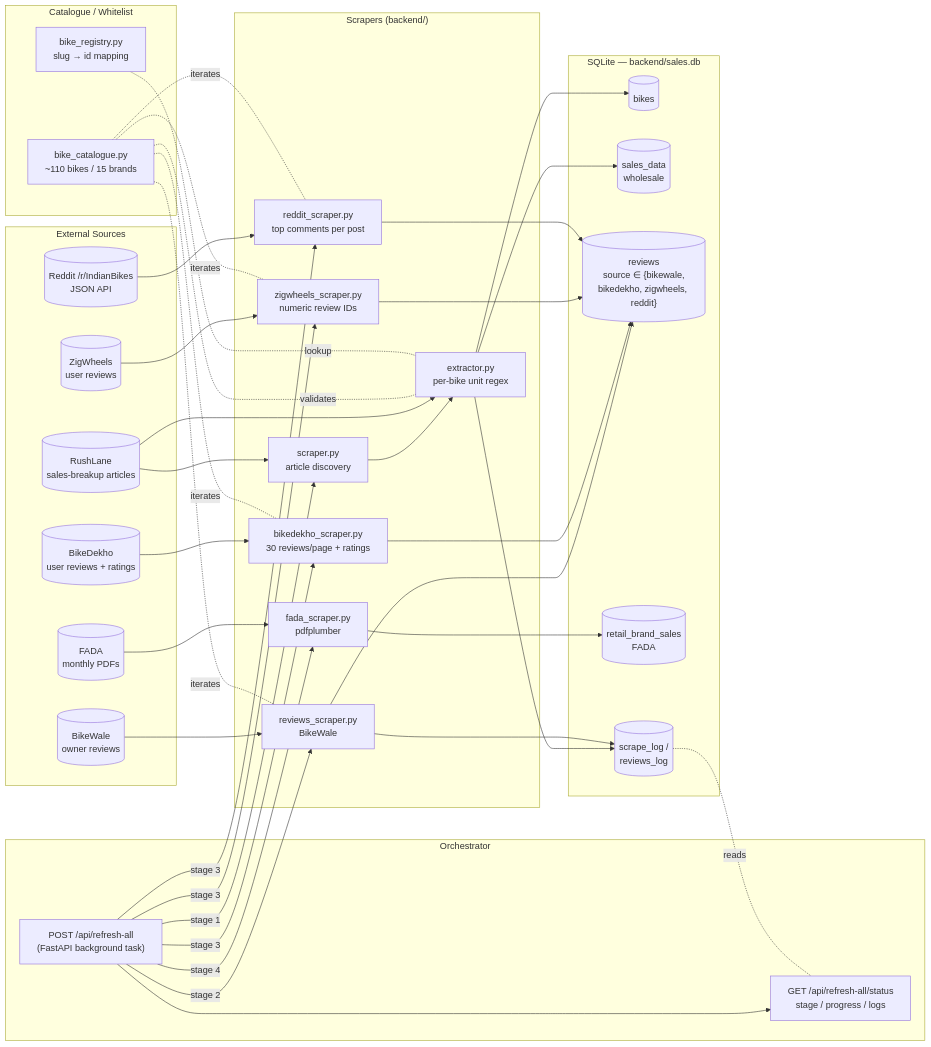
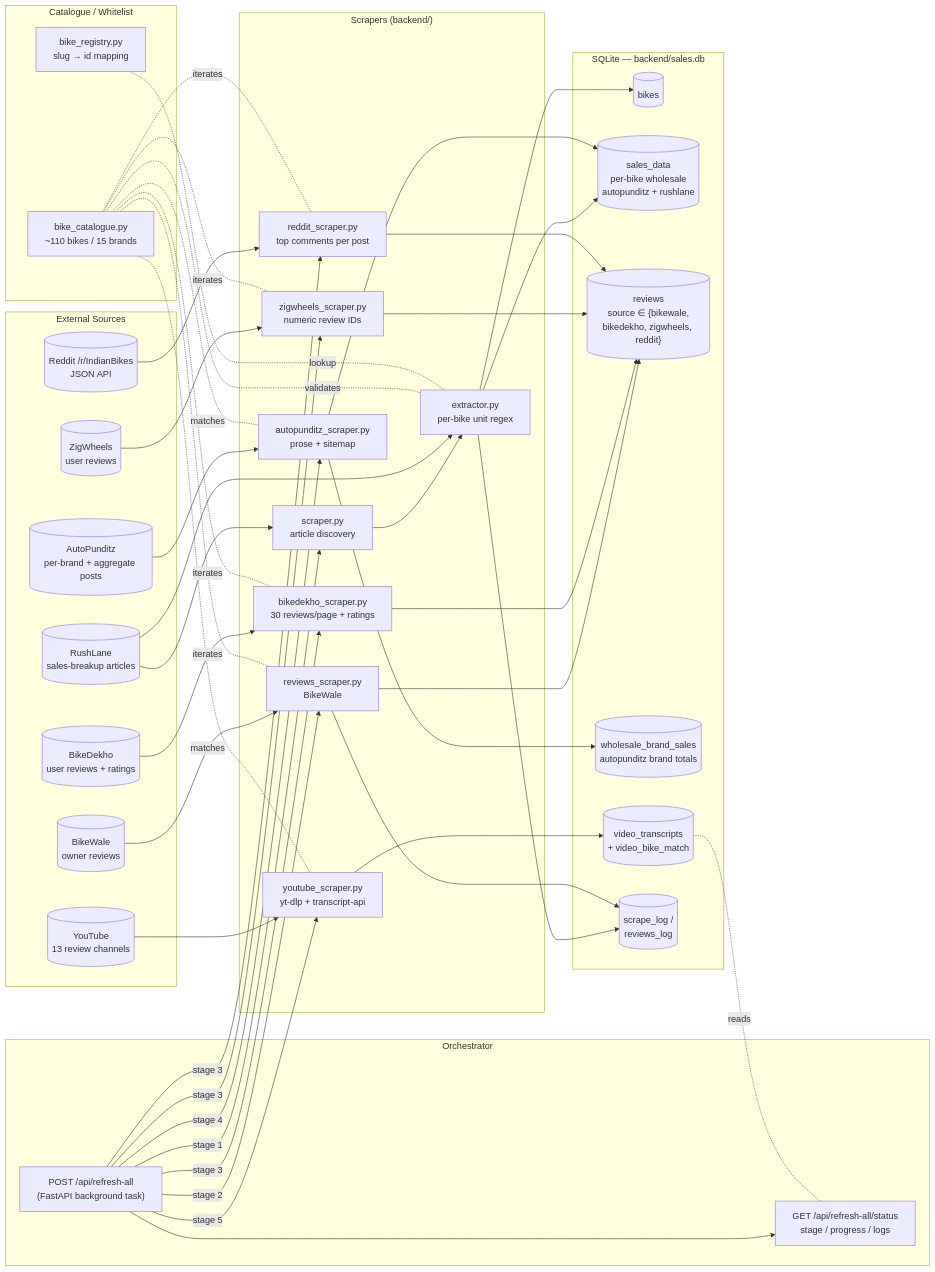
One commit to varneya/india-two-wheeler-dashboard changed the first of 4 diagrams in ARCHITECTURE.md. Above: the diagram before and after it, drawn with Mermaid. The commit also changed other lines of this file and 20 other files, not shown here.

First line of the commit message:
Refactor: remove FADA, promote AutoPunditz, add Influencer Reviews tab, parallelize refresh

````diff
--- a/ARCHITECTURE.md
+++ b/ARCHITECTURE.md
@@ -16,72 +16,81 @@
 ```mermaid
 flowchart LR
     subgraph Sources["External Sources"]
         RL[(RushLane<br/>sales-breakup articles)]
+        AP[(AutoPunditz<br/>per-brand + aggregate posts)]
         BW[(BikeWale<br/>owner reviews)]
         BD[(BikeDekho<br/>user reviews + ratings)]
         ZW[(ZigWheels<br/>user reviews)]
         RD[(Reddit /r/IndianBikes<br/>JSON API)]
-        FADA[(FADA<br/>monthly PDFs)]
+        YT[(YouTube<br/>13 review channels)]
     end
 
     subgraph Catalogue["Catalogue / Whitelist"]
         BC[bike_catalogue.py<br/>~110 bikes / 15 brands]
         BR[bike_registry.py<br/>slug → id mapping]
     end
 
     subgraph Scrapers["Scrapers (backend/)"]
         SC[scraper.py<br/>article discovery]
         EX[extractor.py<br/>per-bike unit regex]
+        APS[autopunditz_scraper.py<br/>prose + sitemap]
         RS[reviews_scraper.py<br/>BikeWale]
         BDS[bikedekho_scraper.py<br/>30 reviews/page + ratings]
         ZWS[zigwheels_scraper.py<br/>numeric review IDs]
         RDS[reddit_scraper.py<br/>top comments per post]
-        FS[fada_scraper.py<br/>pdfplumber]
+        YTS[youtube_scraper.py<br/>yt-dlp + transcript-api]
     end
 
     subgraph Orchestrator["Orchestrator"]
         RA["POST /api/refresh-all<br/>(FastAPI background task)"]
         ST["GET /api/refresh-all/status<br/>stage / progress / logs"]
     end
 
     subgraph Store["SQLite — backend/sales.db"]
         T1[(bikes)]
-        T2[(sales_data<br/>wholesale)]
+        T2[(sales_data<br/>per-bike wholesale<br/>autopunditz + rushlane)]
         T3[("reviews<br/>source ∈ {bikewale,<br/>bikedekho, zigwheels, reddit}")]
-        T4[(retail_brand_sales<br/>FADA)]
-        T5[(scrape_log /<br/>reviews_log)]
+        T4[(wholesale_brand_sales<br/>autopunditz brand totals)]
+        T5[(video_transcripts<br/>+ video_bike_match)]
+        T6[(scrape_log /<br/>reviews_log)]
     end
 
     RA -->|stage 1| SC --> EX
     RA -->|stage 2| RS
     RA -->|stage 3| BDS & ZWS & RDS
-    RA -->|stage 4| FS
+    RA -->|stage 4| APS
+    RA -->|stage 5| YTS
 
     RL --> SC
     RL --> EX
+    AP --> APS
     BW --> RS
     BD --> BDS
     ZW --> ZWS
     RD --> RDS
-    FADA --> FS
+    YT --> YTS
 
     BC -.validates.- EX
     BC -.iterates.- RS
     BC -.iterates.- BDS
     BC -.iterates.- ZWS
     BC -.iterates.- RDS
+    BC -.matches.- YTS
+    BC -.matches.- APS
     BR -.lookup.- EX
 
     EX --> T1
     EX --> T2
-    EX --> T5
+    EX --> T6
+    APS --> T2
+    APS --> T4
     RS --> T3
     BDS --> T3
     ZWS --> T3
     RDS --> T3
-    RS --> T5
-    FS --> T4
+    RS --> T6
+    YTS --> T5
 
     RA --> ST
     T5 -.reads.- ST
 ```
````
